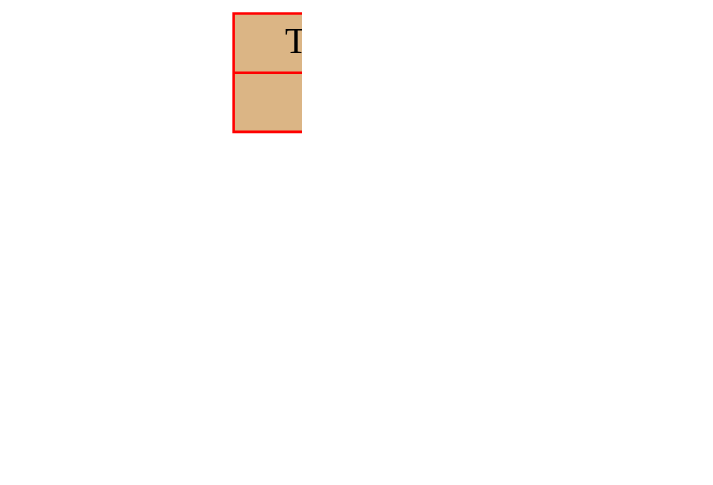
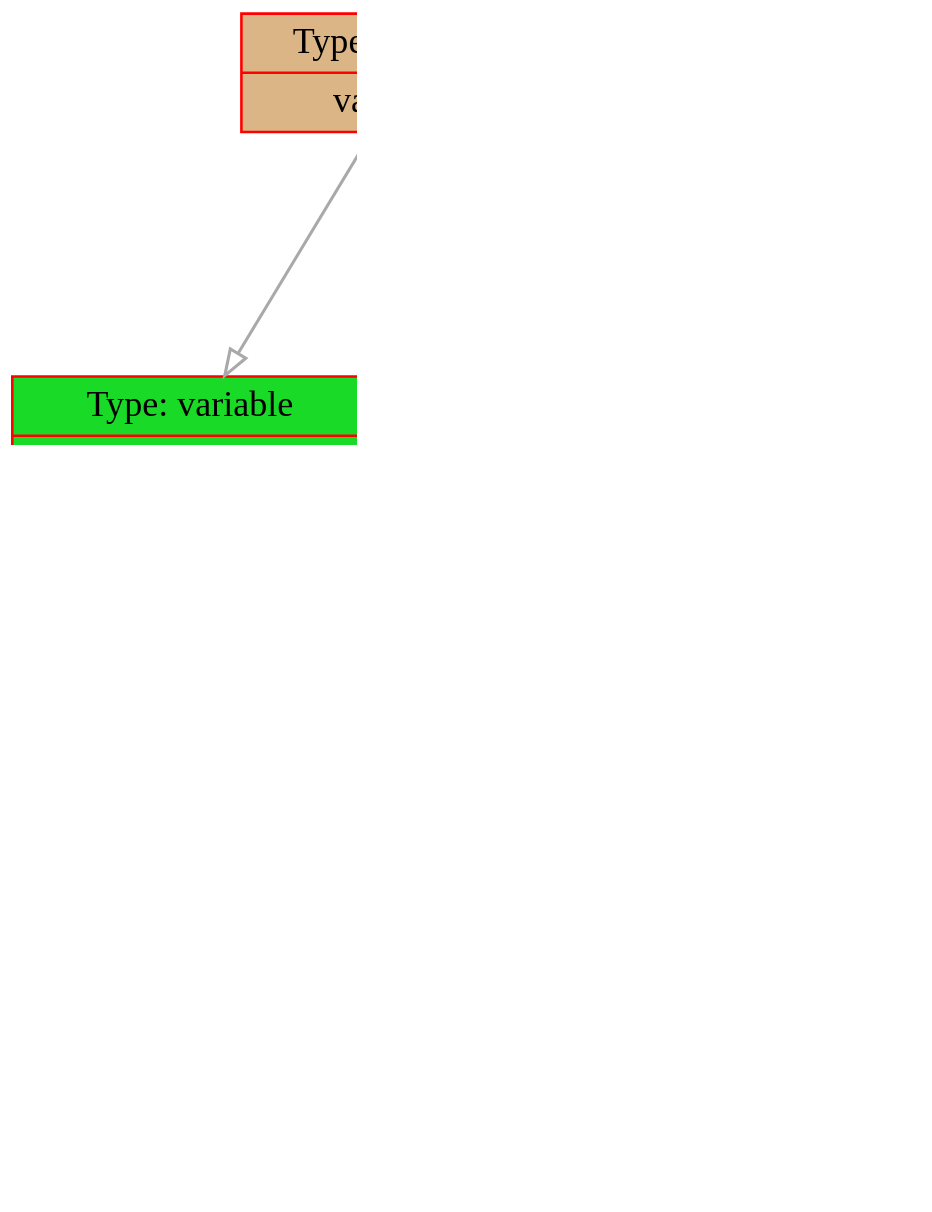
The diagram in frontend/data/graph.dot (dodokek/ProgrammingLanguage), drawn with Graphviz before and after one commit. The commit also changed 4 other files, not shown here.

```diff
--- a/frontend/data/graph.dot
+++ b/frontend/data/graph.dot
@@ -1,19 +1,31 @@
 
     digraph g {
         dpi      = 200;
         fontname = "Comic Sans MS";
         fontsize = 20;
         rankdir   =  TB;
         edge [color = darkgrey, arrowhead = onormal, arrowsize = 1, penwidth = 1.2]
         graph[fillcolor = lightgreen, ranksep = 1.3, nodesep = 0.5,
         style = "rounded, filled",color = green, penwidth = 2]
 
-    Node000001fc882e76d0[shape=record, width=0.2, style="filled", color="red", fillcolor="#DBB585",label=" {Type: operation | value: Var}"] 
+    Node00000178d0147850[shape=record, width=0.2, style="filled", color="red", fillcolor="#DBB585",label=" {Type: operation | value: Var}"] 
  
-Node000001fc882e75b0[shape=record, width=0.2, style="filled", color="red", fillcolor="#19DB27",label=" {Type: variable | value: bebrochka}"] 
+Node00000178d01475b0[shape=record, width=0.2, style="filled", color="red", fillcolor="#19DB27",label=" {Type: variable | value: bebrochka}"] 
  
-Node000001fc882e76a0[shape=record, width=0.2, style="filled", color="red", fillcolor="#DB8E21",label=" {Type: number | value: 23}"] 
+Node00000178d0147820[shape=record, width=0.2, style="filled", color="red", fillcolor="#DBB585",label=" {Type: operation | value: -}"] 
  
-Node000001fc882e76d0->Node000001fc882e75b0
-Node000001fc882e76d0->Node000001fc882e76a0
+Node00000178d01477c0[shape=record, width=0.2, style="filled", color="red", fillcolor="#DBB585",label=" {Type: operation | value: +}"] 
+ 
+Node00000178d01475e0[shape=record, width=0.2, style="filled", color="red", fillcolor="#DB8E21",label=" {Type: number | value: 23}"] 
+ 
+Node00000178d0147790[shape=record, width=0.2, style="filled", color="red", fillcolor="#19DB27",label=" {Type: variable | value: shproty}"] 
+ 
+Node00000178d01477f0[shape=record, width=0.2, style="filled", color="red", fillcolor="#DB8E21",label=" {Type: number | value: 1}"] 
+ 
+Node00000178d0147850->Node00000178d01475b0
+Node00000178d0147850->Node00000178d0147820
+Node00000178d0147820->Node00000178d01477c0
+Node00000178d01477c0->Node00000178d01475e0
+Node00000178d01477c0->Node00000178d0147790
+Node00000178d0147820->Node00000178d01477f0
 }
```
